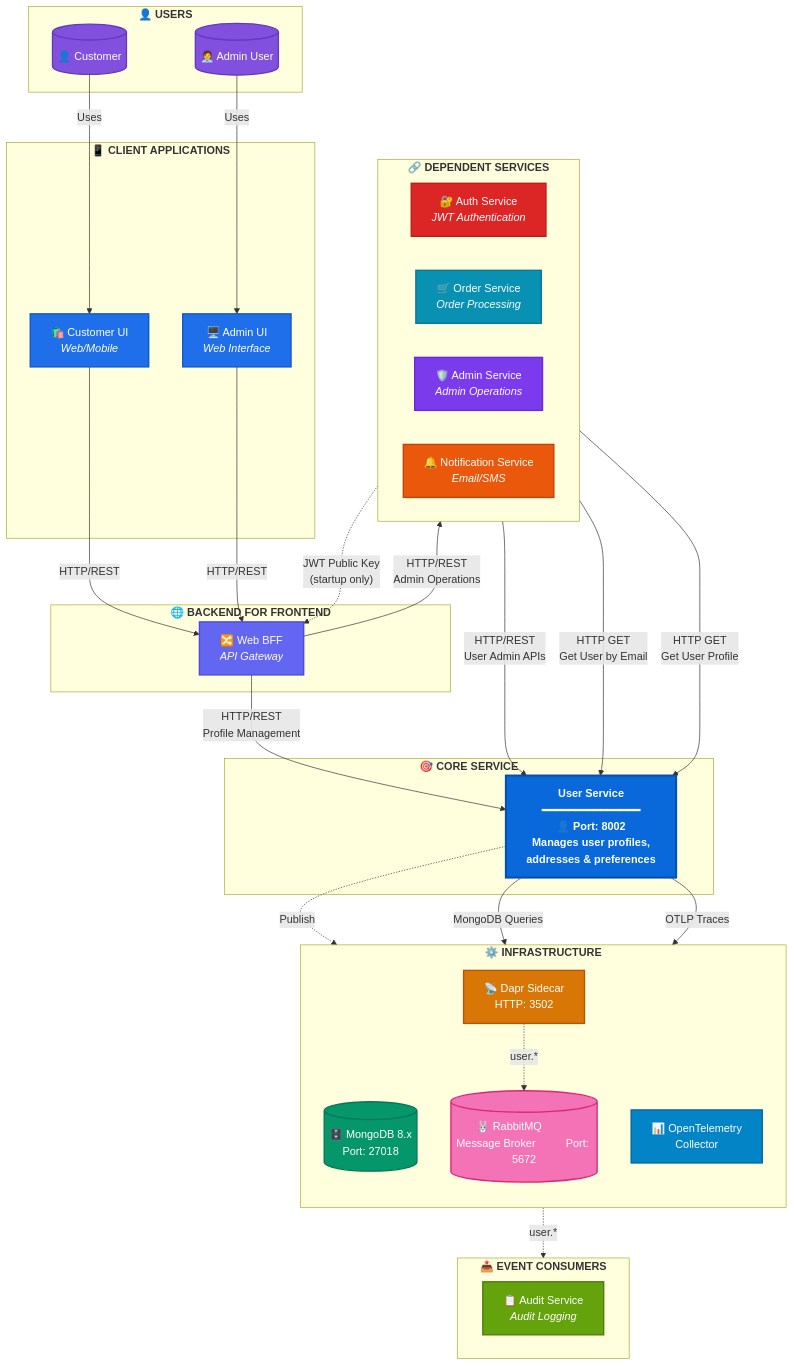
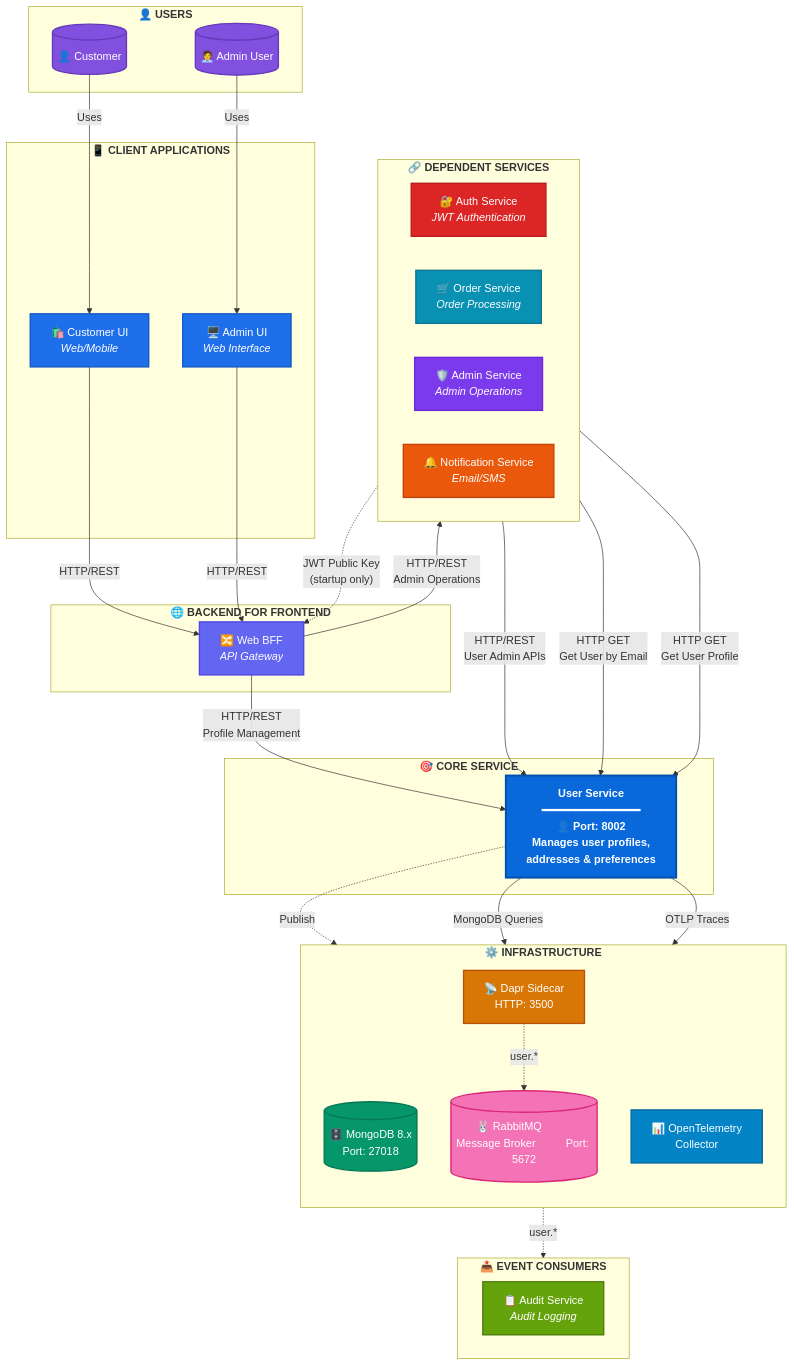
One commit to xshopai/user-service changed the first of 3 diagrams in docs/ARCHITECTURE.md. Above: the diagram before and after it, drawn with Mermaid. The commit also changed other lines of this file and 8 other files, not shown here.

Commit message:
feat: update Dapr HTTP and gRPC ports to standard values across configuration files

```diff
--- a/docs/ARCHITECTURE.md
+++ b/docs/ARCHITECTURE.md
@@ -222,7 +224,7 @@
         direction TB
         MongoDB[("🗄️ MongoDB 8.x<br/>Port: 27018")]
         RabbitMQ[("🐰 RabbitMQ &nbsp;&nbsp;&nbsp;&nbsp;&nbsp;&nbsp;&nbsp;&nbsp; Message Broker &nbsp;&nbsp;&nbsp;&nbsp;&nbsp;&nbsp;&nbsp;&nbsp; Port: 5672")]
-        Dapr["📡 Dapr Sidecar<br/>HTTP: 3502"]
+        Dapr["📡 Dapr Sidecar<br/>HTTP: 3500"]
         OTEL["📊 OpenTelemetry<br/>Collector"]
     end
 
```
